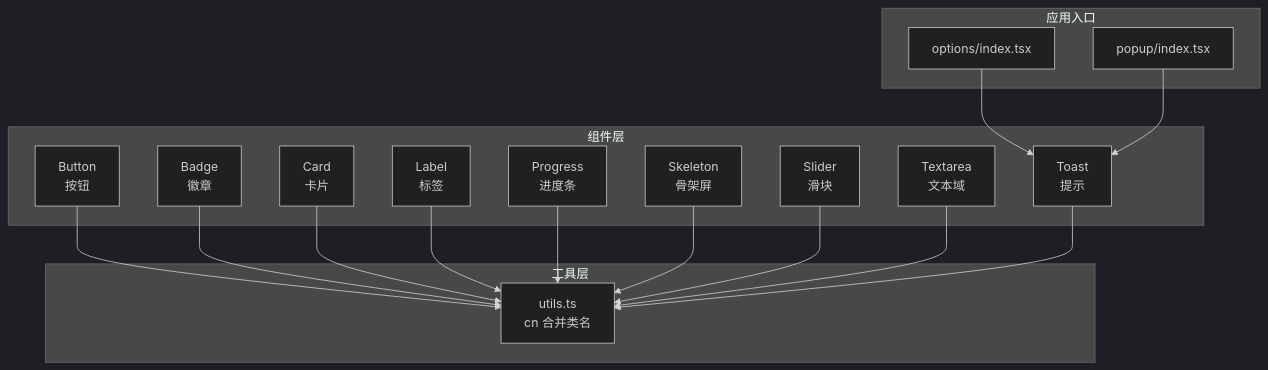
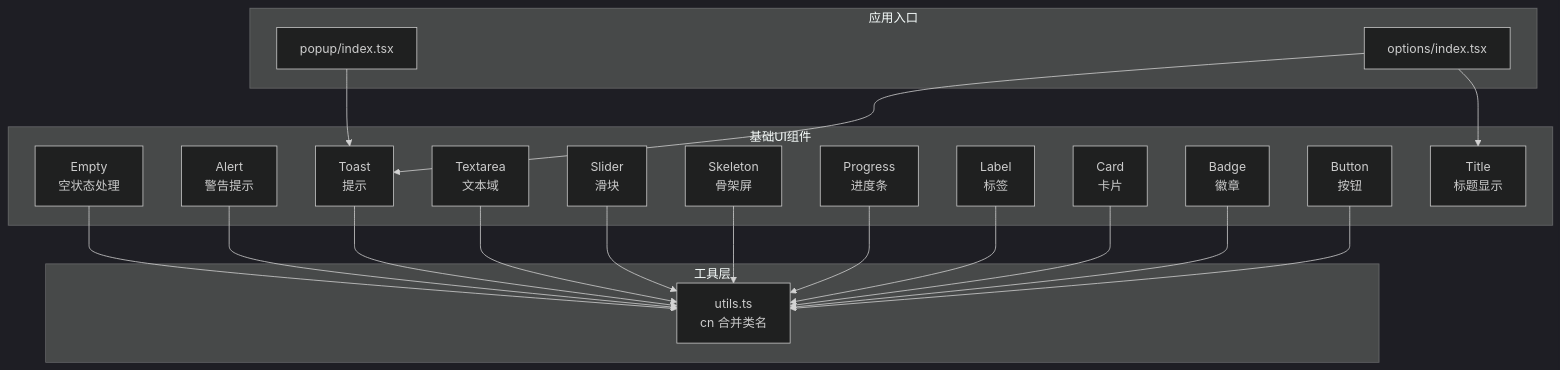
Before and after one commit to RadiumAg/bilibili-favorites: the first of 15 diagrams in .qoder/repowiki/zh/content/UI组件系统/基础UI组件.md, drawn with Mermaid (dark theme). The commit also changed other lines of this file and 5 other files, not shown here.

First line of the commit message:
feat(ui): 新增 Alert、Empty、Title 基础UI组件完善体系

````diff
--- a/.qoder/repowiki/zh/content/UI组件系统/基础UI组件.md
+++ b/.qoder/repowiki/zh/content/UI组件系统/基础UI组件.md
@@ -42,32 +45,38 @@
 ```mermaid
 graph TB
-subgraph "组件层"
+subgraph "基础UI组件"
 BTN["Button<br/>按钮"]
 BADGE["Badge<br/>徽章"]
 CARD["Card<br/>卡片"]
 LABEL["Label<br/>标签"]
 PROG["Progress<br/>进度条"]
 SKELE["Skeleton<br/>骨架屏"]
 SLIDER["Slider<br/>滑块"]
 TEXTAREA["Textarea<br/>文本域"]
 TOAST["Toast<br/>提示"]
+ALERT["Alert<br/>警告提示"]
+EMPTY["Empty<br/>空状态处理"]
+TITLE["Title<br/>标题显示"]
 end
 subgraph "工具层"
 UTILS["utils.ts<br/>cn 合并类名"]
 end
 subgraph "应用入口"
 OPT["options/index.tsx"]
 POP["popup/index.tsx"]
 end
 BTN --> UTILS
 BADGE --> UTILS
 CARD --> UTILS
 LABEL --> UTILS
 PROG --> UTILS
 SKELE --> UTILS
 SLIDER --> UTILS
 TEXTAREA --> UTILS
 TOAST --> UTILS
+ALERT --> UTILS
+EMPTY --> UTILS
 OPT --> TOAST
 POP --> TOAST
+OPT --> TITLE
 ```
````
